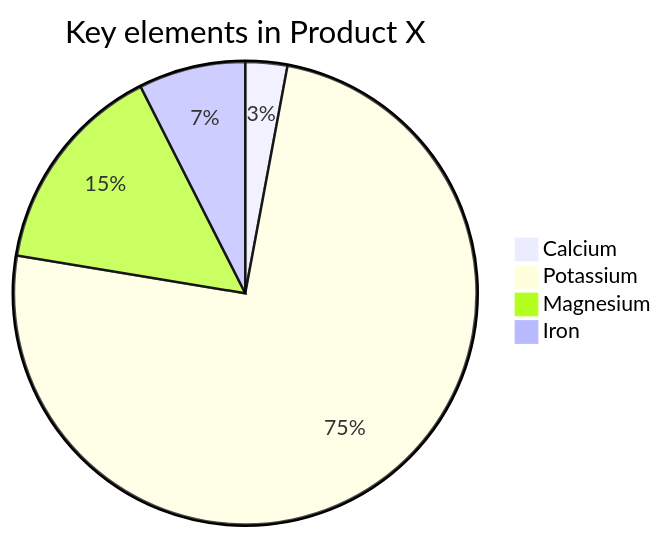
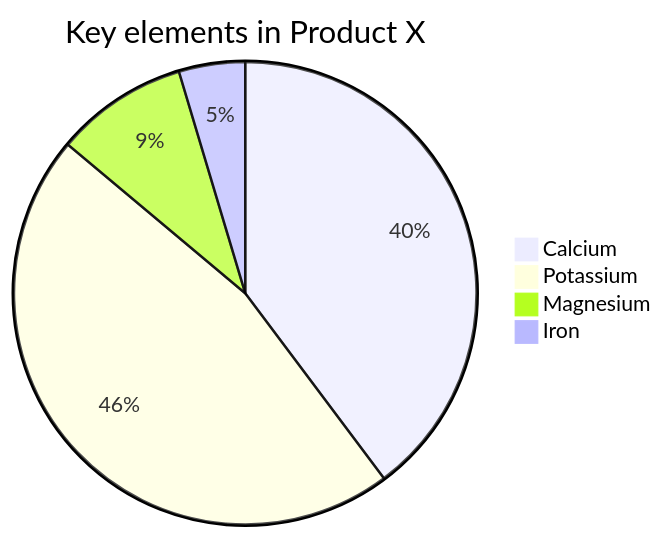
The second of 2 diagrams in Consumer Discretionary/FMCG - Personal Products/Main.md (abhilashgundlapally/Stocks), drawn with Mermaid before and after one commit.

````diff
--- a/Consumer Discretionary/FMCG - Personal Products/Main.md
+++ b/Consumer Discretionary/FMCG - Personal Products/Main.md
@@ -13,8 +13,8 @@
 ```mermaid
 pie
     title Key elements in Product X
-    "Calcium" : 1.96
+    "Calcium" : 42.96
     "Potassium" : 50.05
     "Magnesium" : 10.01
     "Iron" :  5
 ```
````
